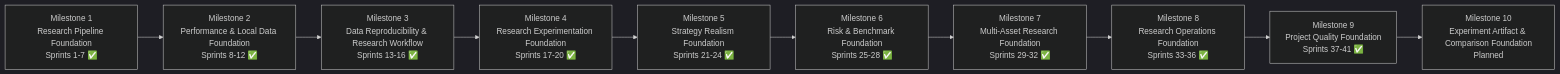
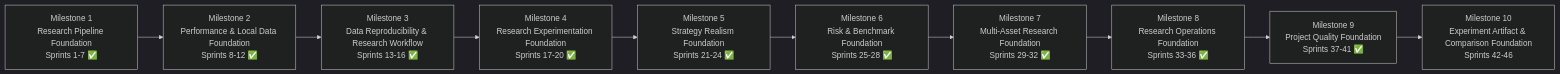
The diagram in docs/roadmap.md (yanxinnnnnn/El-Psy-Quant), drawn with Mermaid (dark theme) before and after one commit. The commit also changed other lines of this file, not shown here.

Commit message:
Plan Milestone 10 artifact comparison foundation

````diff
--- a/docs/roadmap.md
+++ b/docs/roadmap.md
@@ -21,12 +21,12 @@
 ```mermaid
 flowchart LR
     M1["Milestone 1<br/>Research Pipeline Foundation<br/>Sprints 1-7 ✅"] --> M2["Milestone 2<br/>Performance & Local Data Foundation<br/>Sprints 8-12 ✅"]
     M2 --> M3["Milestone 3<br/>Data Reproducibility & Research Workflow<br/>Sprints 13-16 ✅"]
     M3 --> M4["Milestone 4<br/>Research Experimentation Foundation<br/>Sprints 17-20 ✅"]
     M4 --> M5["Milestone 5<br/>Strategy Realism Foundation<br/>Sprints 21-24 ✅"]
     M5 --> M6["Milestone 6<br/>Risk & Benchmark Foundation<br/>Sprints 25-28 ✅"]
     M6 --> M7["Milestone 7<br/>Multi-Asset Research Foundation<br/>Sprints 29-32 ✅"]
     M7 --> M8["Milestone 8<br/>Research Operations Foundation<br/>Sprints 33-36 ✅"]
     M8 --> M9["Milestone 9<br/>Project Quality Foundation<br/>Sprints 37-41 ✅"]
-    M9 --> M10["Milestone 10<br/>Experiment Artifact & Comparison Foundation<br/>Planned"]
+    M9 --> M10["Milestone 10<br/>Experiment Artifact & Comparison Foundation<br/>Sprints 42-46"]
 ```
````
